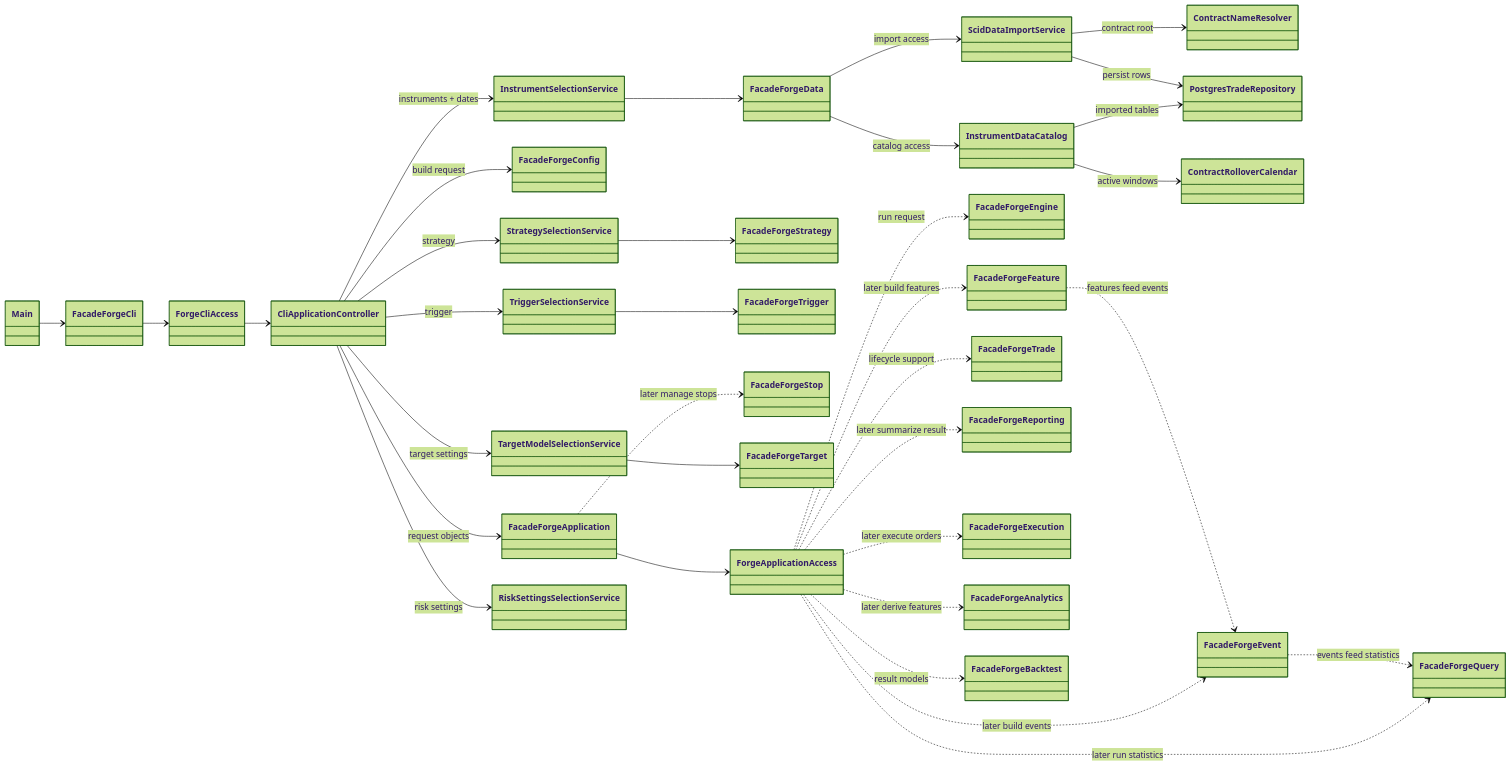
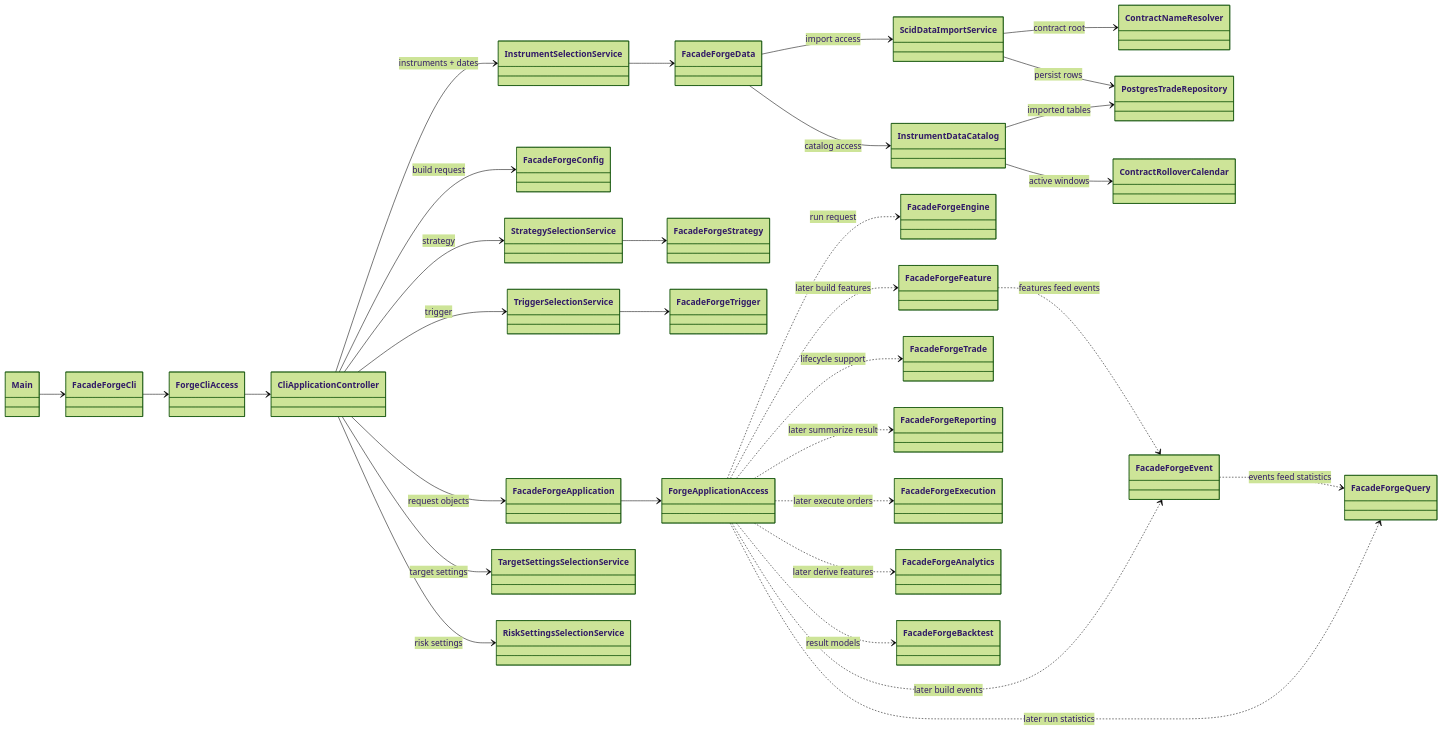
One commit to probst-paul/FORGE changed the first of 22 diagrams in class-model.md. Above: the diagram before and after it, drawn with Mermaid (forest theme). The commit also changed other lines of this file and 31 other files, not shown here.

First line of the commit message:
Use TargetSettings and mode-based target selection

````diff
--- a/class-model.md
+++ b/class-model.md
@@ -5,72 +5,68 @@
 ```mermaid
 classDiagram
     direction LR
 
     class Main
     class FacadeForgeCli
     class ForgeCliAccess
     class CliApplicationController
     class FacadeForgeApplication
     class FacadeForgeConfig
     class FacadeForgeData
     class InstrumentDataCatalog
     class ContractNameResolver
     class ScidDataImportService
     class PostgresTradeRepository
     class ContractRolloverCalendar
     class FacadeForgeStrategy
     class FacadeForgeTrigger
-    class FacadeForgeStop
-    class FacadeForgeTarget
     class FacadeForgeEngine
     class FacadeForgeFeature
     class FacadeForgeEvent
     class FacadeForgeQuery
     class FacadeForgeTrade
     class FacadeForgeReporting
     class FacadeForgeExecution
     class FacadeForgeAnalytics
     class FacadeForgeBacktest
     class ForgeApplicationAccess
     class InstrumentSelectionService
     class StrategySelectionService
     class TriggerSelectionService
-    class TargetModelSelectionService
+    class TargetSettingsSelectionService
     class RiskSettingsSelectionService
 
     Main --> FacadeForgeCli
     FacadeForgeCli --> ForgeCliAccess
     ForgeCliAccess --> CliApplicationController
     CliApplicationController --> FacadeForgeApplication : request objects
     FacadeForgeApplication --> ForgeApplicationAccess
     CliApplicationController --> InstrumentSelectionService : instruments + dates
     CliApplicationController --> StrategySelectionService : strategy
     CliApplicationController --> RiskSettingsSelectionService : risk settings
     CliApplicationController --> TriggerSelectionService : trigger
-    CliApplicationController --> TargetModelSelectionService : target settings
+    CliApplicationController --> TargetSettingsSelectionService : target settings
     CliApplicationController --> FacadeForgeConfig : build request
 
     InstrumentSelectionService --> FacadeForgeData
     FacadeForgeData --> InstrumentDataCatalog : catalog access
     FacadeForgeData --> ScidDataImportService : import access
     InstrumentDataCatalog --> PostgresTradeRepository : imported tables
     InstrumentDataCatalog --> ContractRolloverCalendar : active windows
     ScidDataImportService --> ContractNameResolver : contract root
     ScidDataImportService --> PostgresTradeRepository : persist rows
     StrategySelectionService --> FacadeForgeStrategy
     TriggerSelectionService --> FacadeForgeTrigger
-    FacadeForgeApplication ..> FacadeForgeStop : later manage stops
-    TargetModelSelectionService --> FacadeForgeTarget
 
     ForgeApplicationAccess ..> FacadeForgeEngine : run request
     ForgeApplicationAccess ..> FacadeForgeFeature : later build features
     ForgeApplicationAccess ..> FacadeForgeEvent : later build events
     ForgeApplicationAccess ..> FacadeForgeQuery : later run statistics
     ForgeApplicationAccess ..> FacadeForgeTrade : lifecycle support
     ForgeApplicationAccess ..> FacadeForgeExecution : later execute orders
     ForgeApplicationAccess ..> FacadeForgeReporting : later summarize result
     ForgeApplicationAccess ..> FacadeForgeAnalytics : later derive features
     ForgeApplicationAccess ..> FacadeForgeBacktest : result models
     FacadeForgeFeature ..> FacadeForgeEvent : features feed events
     FacadeForgeEvent ..> FacadeForgeQuery : events feed statistics
 ```
````
